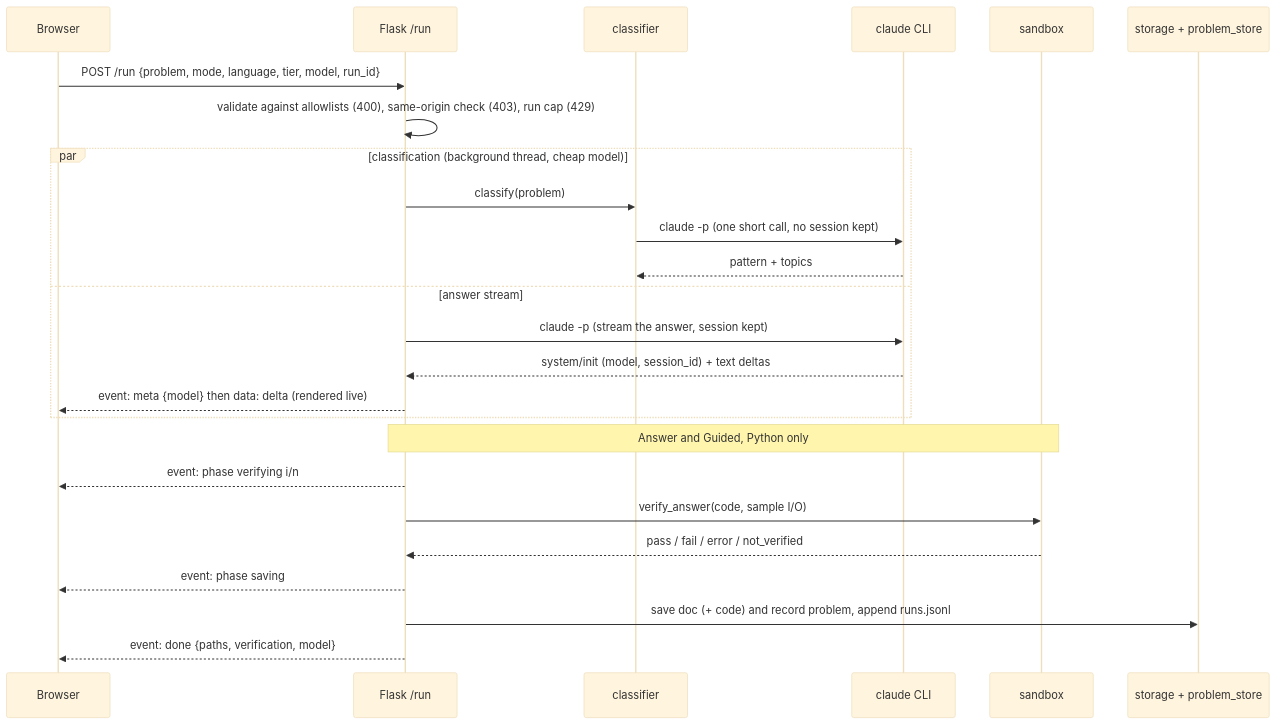
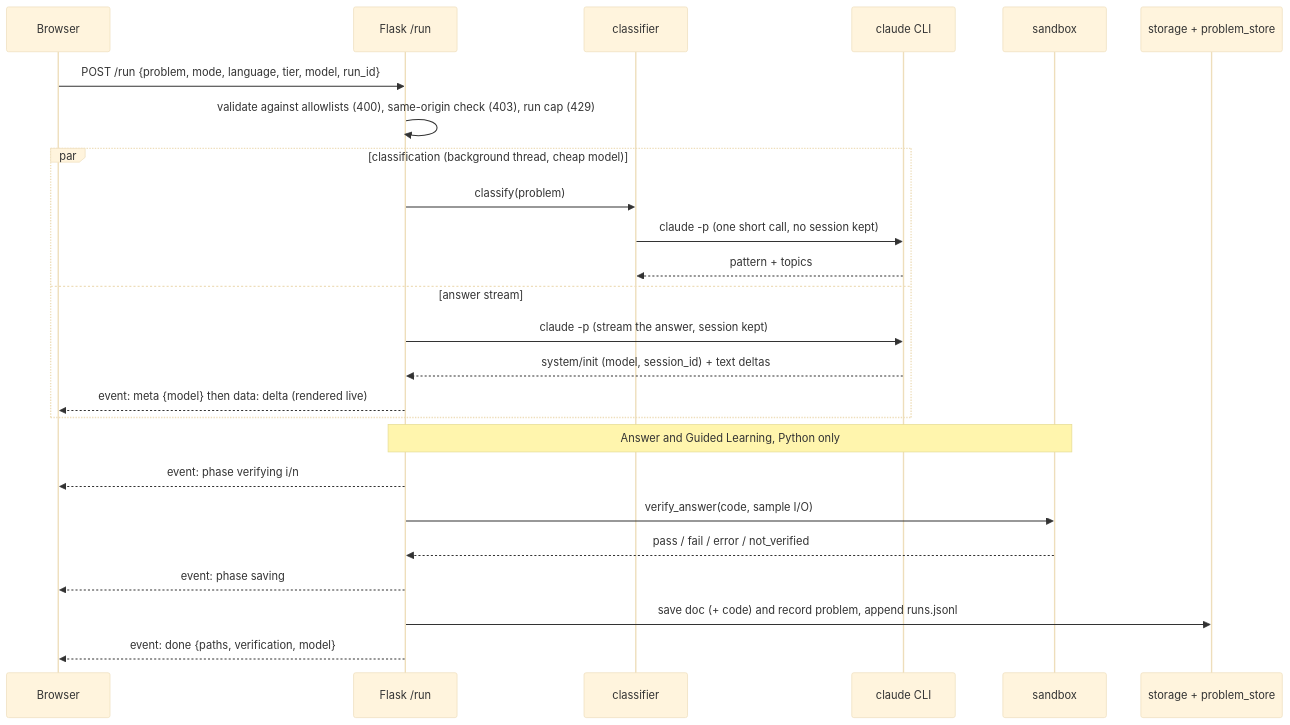
The second of 2 diagrams in docs/ARCHITECTURE.md (yib7/LeetCoach), drawn with Mermaid (base theme) before and after one commit. The commit also changed 1 other file, not shown here.

Commit message:
docs: say Guided Learning in the demo alt text and the run diagram

````diff
--- a/docs/ARCHITECTURE.md
+++ b/docs/ARCHITECTURE.md
@@ -108,28 +108,28 @@
 ```mermaid
 sequenceDiagram
     participant U as Browser
     participant F as Flask /run
     participant CL as classifier
     participant CC as claude CLI
     participant SB as sandbox
     participant ST as storage + problem_store
 
     U->>F: POST /run {problem, mode, language, tier, model, run_id}
     F->>F: validate against allowlists (400), same-origin check (403), run cap (429)
     par classification (background thread, cheap model)
         F->>CL: classify(problem)
         CL->>CC: claude -p (one short call, no session kept)
         CC-->>CL: pattern + topics
     and answer stream
         F->>CC: claude -p (stream the answer, session kept)
         CC-->>F: system/init (model, session_id) + text deltas
         F-->>U: event: meta {model} then data: delta (rendered live)
     end
-    Note over F,SB: Answer and Guided, Python only
+    Note over F,SB: Answer and Guided Learning, Python only
     F-->>U: event: phase verifying i/n
     F->>SB: verify_answer(code, sample I/O)
     SB-->>F: pass / fail / error / not_verified
     F-->>U: event: phase saving
     F->>ST: save doc (+ code) and record problem, append runs.jsonl
     F-->>U: event: done {paths, verification, model}
 ```
````
